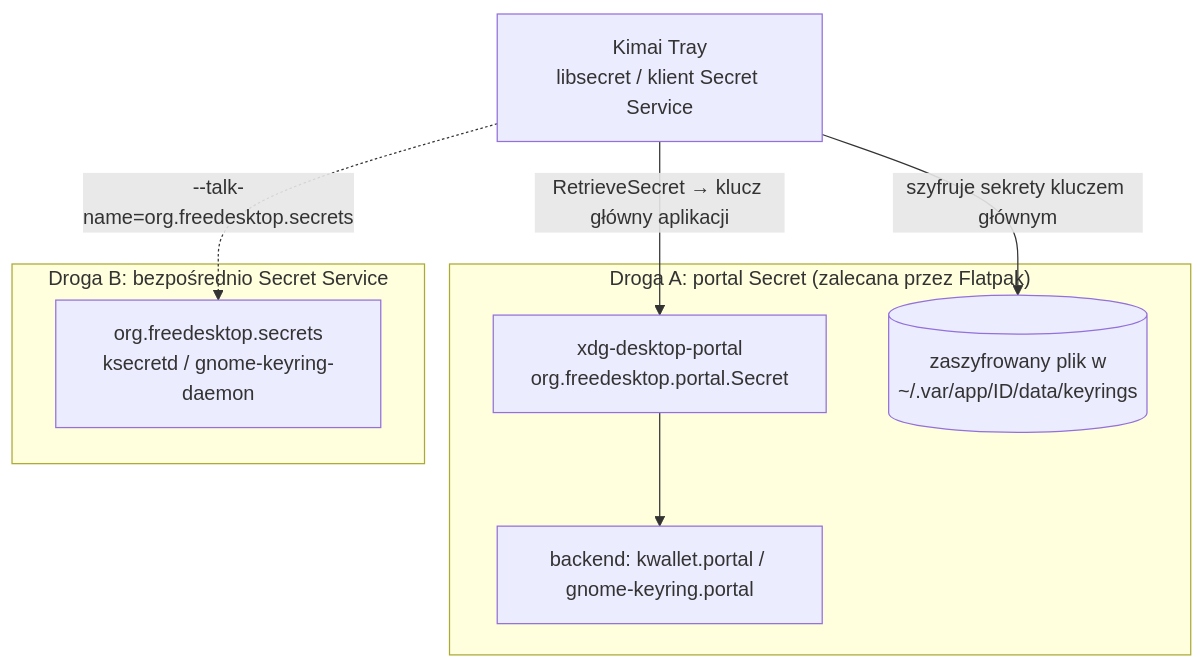
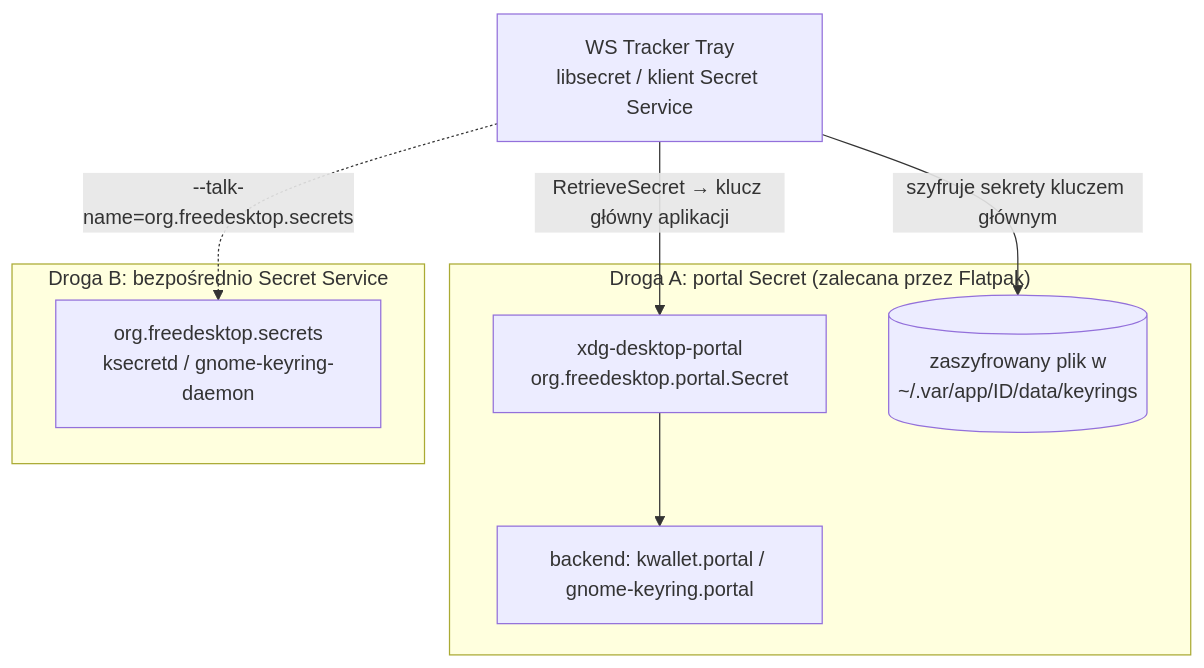
One commit to DragonKing026/DK-Tracker-Linux changed the diagram in docs/integracje/secret-service.md. Above: the diagram before and after it, drawn with Mermaid. The commit also changed other lines of this file and 66 other files, not shown here.

Commit message:
docs: nazwa WS Tracker Tray w dokumentacji, planie 4 i zadaniach

````diff
--- a/docs/integracje/secret-service.md
+++ b/docs/integracje/secret-service.md
@@ -28,15 +28,15 @@
 ```mermaid
 flowchart TB
-    APP[Kimai Tray<br/>libsecret / klient Secret Service]
+    APP[WS Tracker Tray<br/>libsecret / klient Secret Service]
     subgraph A["Droga A: portal Secret (zalecana przez Flatpak)"]
         P[xdg-desktop-portal<br/>org.freedesktop.portal.Secret]
         PB[backend: kwallet.portal / gnome-keyring.portal]
         F[(zaszyfrowany plik w<br/>~/.var/app/ID/data/keyrings)]
     end
     subgraph B["Droga B: bezpośrednio Secret Service"]
         SS[org.freedesktop.secrets<br/>ksecretd / gnome-keyring-daemon]
     end
     APP -- "RetrieveSecret → klucz główny aplikacji" --> P --> PB
     APP -- "szyfruje sekrety kluczem głównym" --> F
     APP -. "--talk-name=org.freedesktop.secrets" .-> SS
 ```
````
